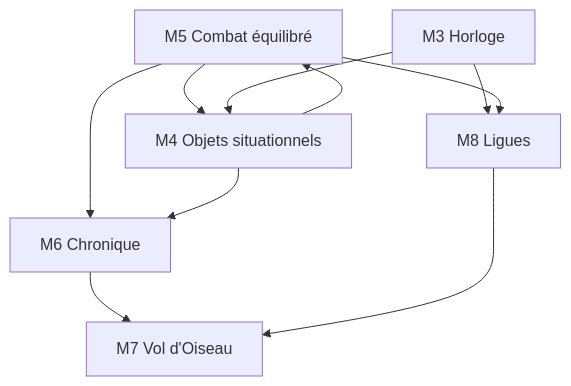
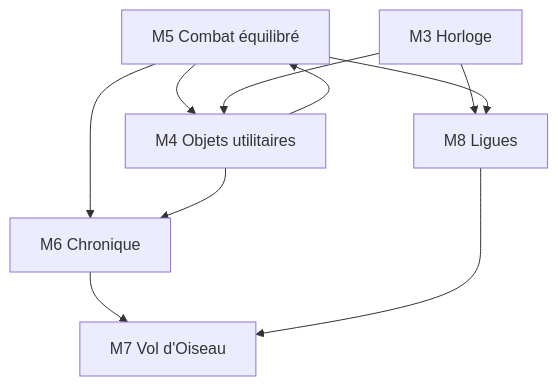
One commit to HozSensei/KageLegacy changed the diagram in specs/milestone-9.md. Above: the diagram before and after it, drawn with Mermaid. The commit also changed other lines of this file and 2 other files, not shown here.

First line of the commit message:
docs: catalogue objets utilitaires M4 et pivot milestone-9

````diff
--- a/specs/milestone-9.md
+++ b/specs/milestone-9.md
@@ -145,12 +149,12 @@
 ```mermaid
 flowchart TD
-  M5[M5 Combat équilibré] --> M4[M4 Objets situationnels]
+  M5[M5 Combat équilibré] --> M4[M4 Objets utilitaires]
   M5 --> M6[M6 Chronique]
   M4 --> M6
   M4 --> M5
   M3[M3 Horloge] --> M4
   M3 --> M8[M8 Ligues]
   M5 --> M8
   M6 --> M7[M7 Vol d'Oiseau]
   M8 --> M7
 ```
````
